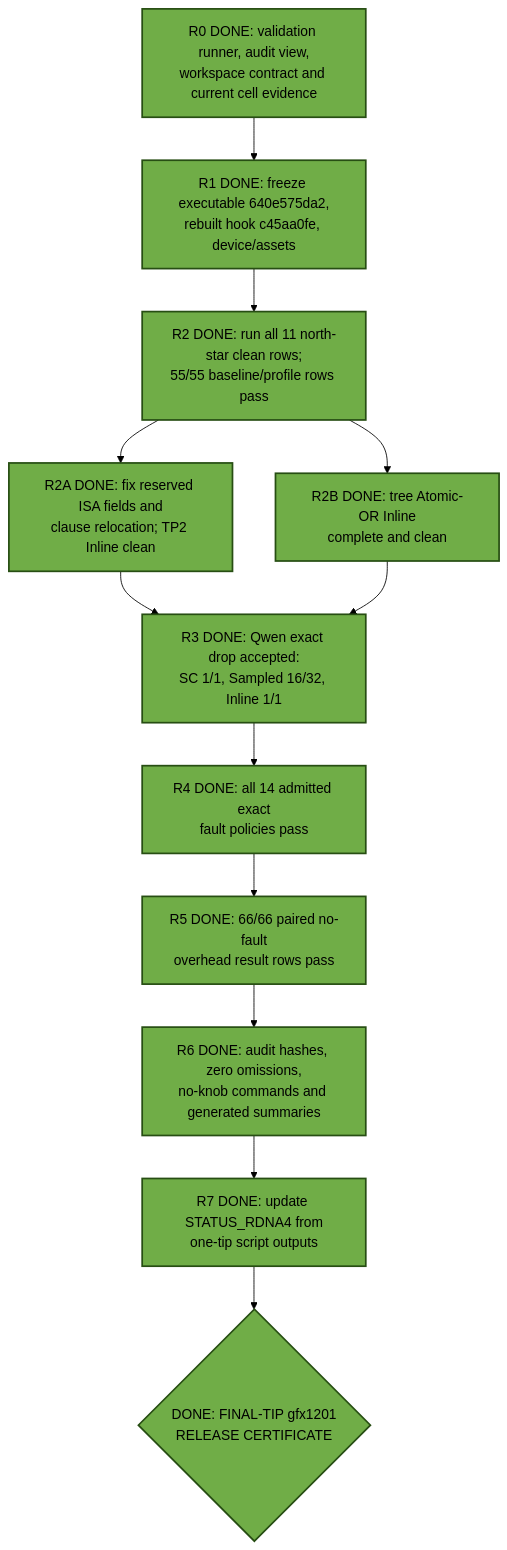
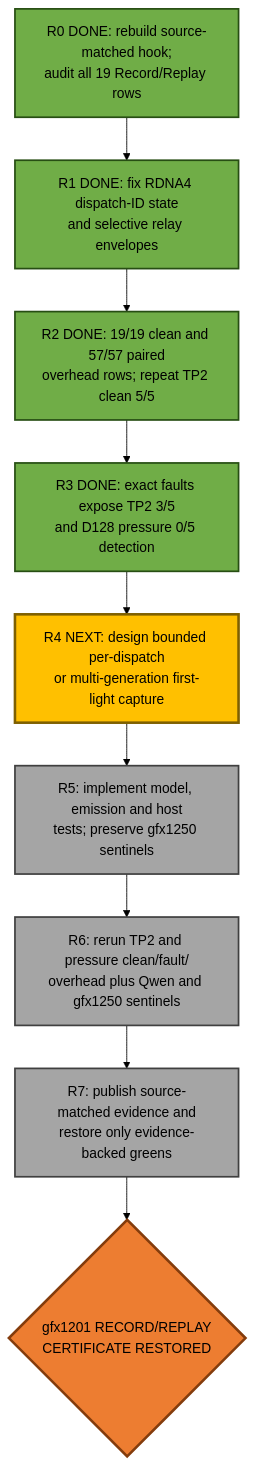
The third of 7 diagrams in emulation/rocjitsu/docs/consan/FUTURE_WORK.md (ROCm/rocm-systems), drawn with Mermaid (forest theme) before and after one commit. The commit also changed other lines of this file and 5 other files, not shown here.

Commit message:
docs: reconcile RDNA4 Record/Replay qualification

````diff
--- a/emulation/rocjitsu/docs/consan/FUTURE_WORK.md
+++ b/emulation/rocjitsu/docs/consan/FUTURE_WORK.md
@@ -68,21 +70,19 @@
 ```mermaid
 flowchart TB
-  R0["R0 DONE: validation runner, audit view,<br/>workspace contract and current cell evidence"]:::done
-  R1["R1 DONE: freeze executable 640e575da2,<br/>rebuilt hook c45aa0fe, device/assets"]:::done
-  R2["R2 DONE: run all 11 north-star clean rows;<br/>55/55 baseline/profile rows pass"]:::done
-  R2A["R2A DONE: fix reserved ISA fields and<br/>clause relocation; TP2 Inline clean"]:::done
-  R2B["R2B DONE: tree Atomic-OR Inline<br/>complete and clean"]:::done
-  R3["R3 DONE: Qwen exact drop accepted:<br/>SC 1/1, Sampled 16/32, Inline 1/1"]:::done
-  R4["R4 DONE: all 14 admitted exact<br/>fault policies pass"]:::done
-  R5["R5 DONE: 66/66 paired no-fault<br/>overhead result rows pass"]:::done
-  R6["R6 DONE: audit hashes, zero omissions,<br/>no-knob commands and generated summaries"]:::done
-  R7["R7 DONE: update STATUS_RDNA4 from<br/>one-tip script outputs"]:::done
-  RG{"DONE: FINAL-TIP gfx1201<br/>RELEASE CERTIFICATE"}:::done
+  R0["R0 DONE: rebuild source-matched hook;<br/>audit all 19 Record/Replay rows"]:::done
+  R1["R1 DONE: fix RDNA4 dispatch-ID state<br/>and selective relay envelopes"]:::done
+  R2["R2 DONE: 19/19 clean and 57/57 paired<br/>overhead rows; repeat TP2 clean 5/5"]:::done
+  R3["R3 DONE: exact faults expose TP2 3/5<br/>and D128 pressure 0/5 detection"]:::done
+  R4["R4 NEXT: design bounded per-dispatch<br/>or multi-generation first-light capture"]:::active
+  R5["R5: implement model, emission and host<br/>tests; preserve gfx1250 sentinels"]:::todo
+  R6["R6: rerun TP2 and pressure clean/fault/<br/>overhead plus Qwen and gfx1250 sentinels"]:::todo
+  R7["R7: publish source-matched evidence and<br/>restore only evidence-backed greens"]:::todo
+  RG{"gfx1201 RECORD/REPLAY<br/>CERTIFICATE RESTORED"}:::target
 
-  R0 --> R1 --> R2
-  R2 --> R2A --> R3
-  R2 --> R2B --> R3
-  R3 --> R4 --> R5 --> R6 --> R7 --> RG
+  R0 --> R1 --> R2 --> R3 --> R4 --> R5 --> R6 --> R7 --> RG
 
   classDef done fill:#70ad47,stroke:#274e13,stroke-width:2px,color:#000;
+  classDef active fill:#ffc000,stroke:#7f6000,stroke-width:3px,color:#000;
+  classDef todo fill:#a5a5a5,stroke:#404040,stroke-width:2px,color:#000;
+  classDef target fill:#ed7d31,stroke:#843c0c,stroke-width:3px,color:#000;
 ```
````
